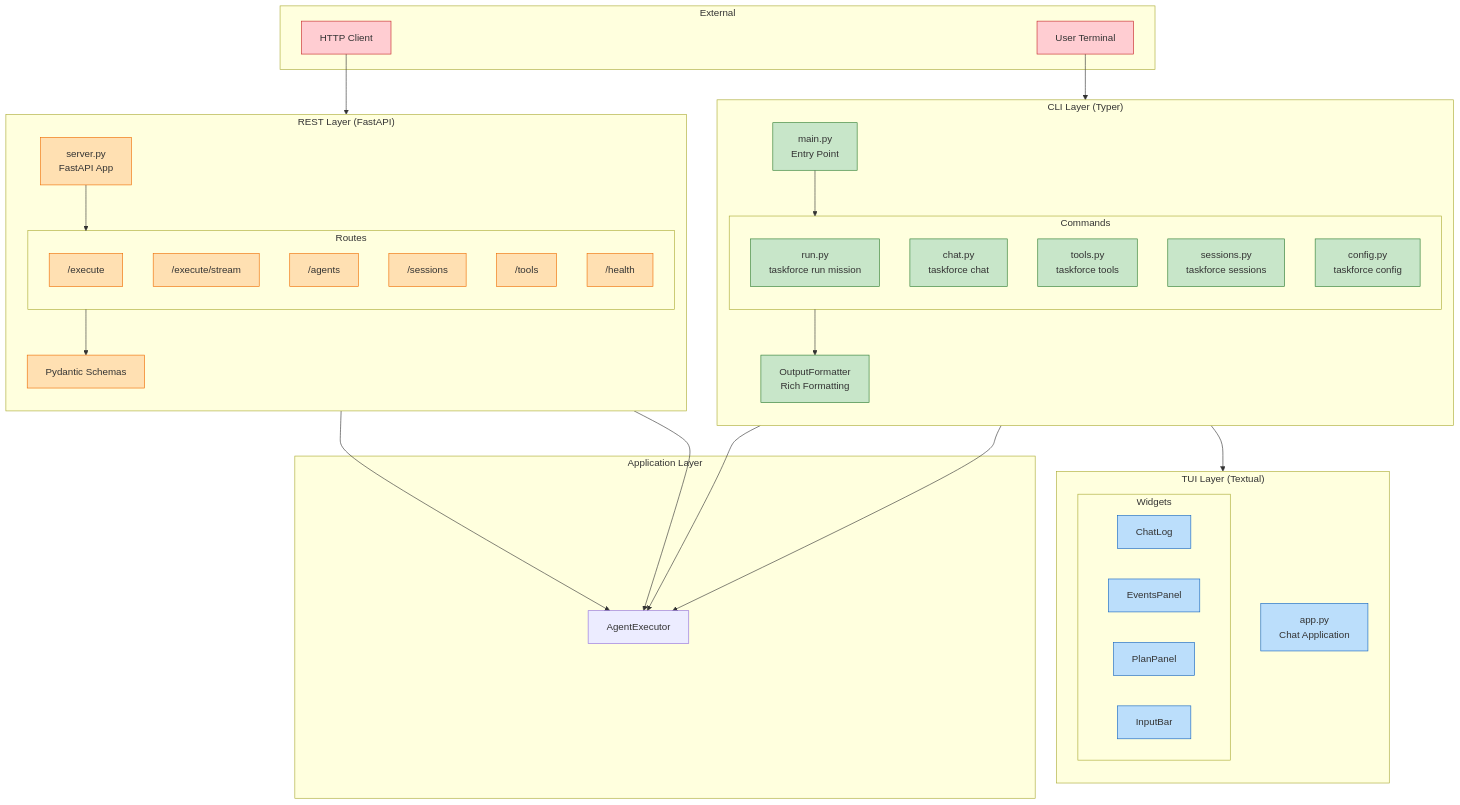
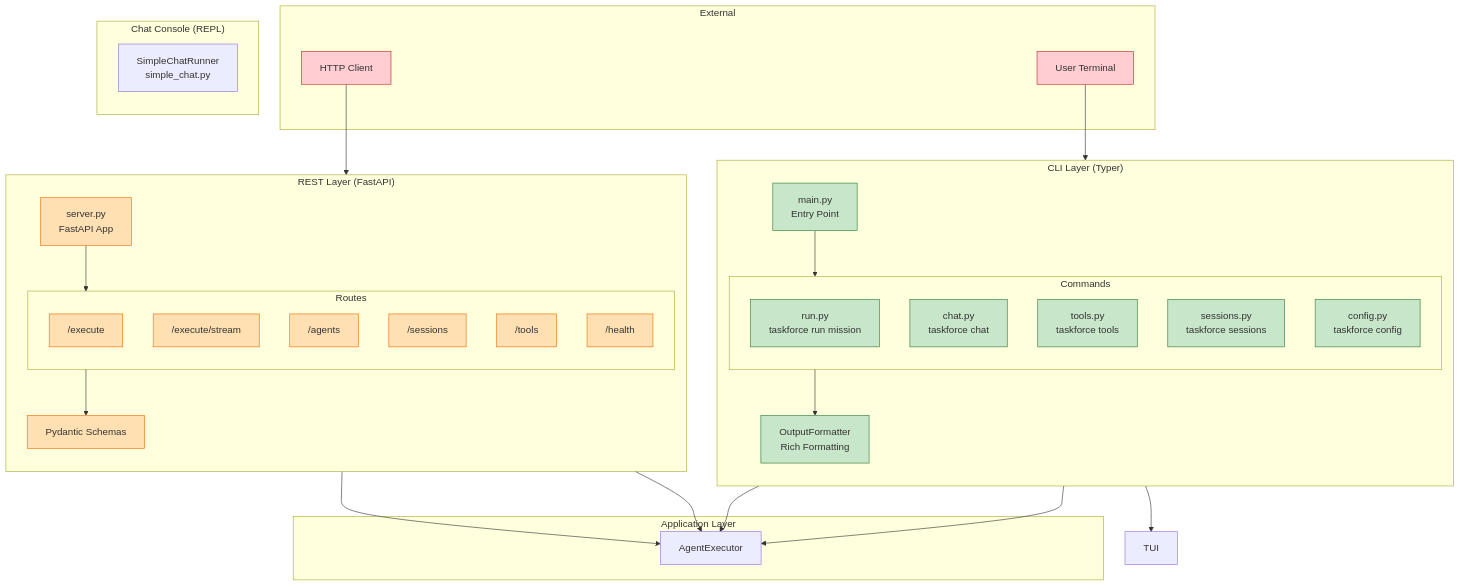
Before and after one commit to rudi77/pytaskforce: diagram 11 of 13 in docs/architecture/architecture-diagrams.md, drawn with Mermaid. The commit also changed other lines of this file and 15 other files, not shown here.

Commit message:
Remove deprecated chat UI components and transition to a simple REPL console for chat interactions. Updated documentation to reflect changes in chat command structure and usage. This refactor aims to streamline the chat experience and improve maintainability.

````diff
--- a/docs/architecture/architecture-diagrams.md
+++ b/docs/architecture/architecture-diagrams.md
@@ -756,79 +756,72 @@
 ```mermaid
 flowchart TB
     subgraph External["External"]
         U1[User Terminal]
         U2[HTTP Client]
     end
 
     subgraph CLI["CLI Layer (Typer)"]
         direction TB
         MAIN[main.py<br/>Entry Point]
 
         subgraph Commands["Commands"]
             RUN[run.py<br/>taskforce run mission]
             CHAT[chat.py<br/>taskforce chat]
             TOOLS[tools.py<br/>taskforce tools]
             SESS[sessions.py<br/>taskforce sessions]
             CFG[config.py<br/>taskforce config]
         end
 
         OF[OutputFormatter<br/>Rich Formatting]
     end
 
-    subgraph TUI["TUI Layer (Textual)"]
+    subgraph ChatConsole["Chat Console (REPL)"]
         direction TB
-        APP[app.py<br/>Chat Application]
-
-        subgraph Widgets["Widgets"]
-            CL[ChatLog]
-            EP[EventsPanel]
-            PP[PlanPanel]
-            IB[InputBar]
-        end
+        SIMPLE[SimpleChatRunner<br/>simple_chat.py]
     end
 
     subgraph REST["REST Layer (FastAPI)"]
         direction TB
         SRV[server.py<br/>FastAPI App]
 
         subgraph Routes["Routes"]
             EX["/execute"]
             EXS["/execute/stream"]
             AG["/agents"]
             SE["/sessions"]
             TL["/tools"]
             HE["/health"]
         end
 
         SCH[Pydantic Schemas]
     end
 
     subgraph App["Application Layer"]
         AE[AgentExecutor]
     end
 
     U1 --> CLI
     U2 --> REST
 
     MAIN --> Commands
     Commands --> OF
     CHAT --> TUI
 
     RUN --> AE
     CHAT --> AE
 
     SRV --> Routes
     Routes --> SCH
     EX --> AE
     EXS --> AE
 
     classDef external fill:#ffcdd2,stroke:#c62828
     classDef cli fill:#c8e6c9,stroke:#2e7d32
     classDef tui fill:#bbdefb,stroke:#1565c0
     classDef rest fill:#ffe0b2,stroke:#ef6c00
 
     class U1,U2 external
     class MAIN,RUN,CHAT,TOOLS,SESS,CFG,OF cli
     class APP,CL,EP,PP,IB tui
     class SRV,EX,EXS,AG,SE,TL,HE,SCH rest
 ```
````
